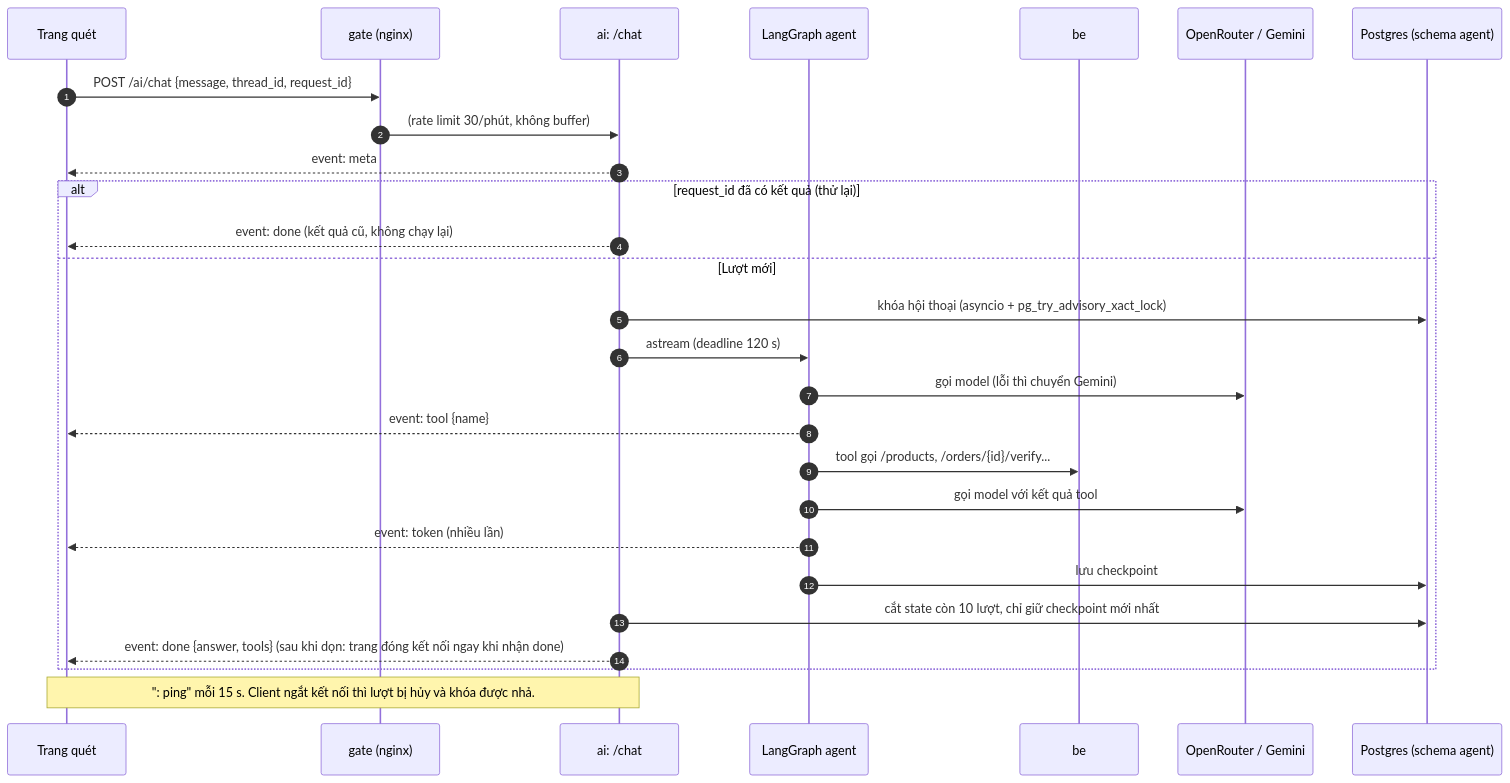
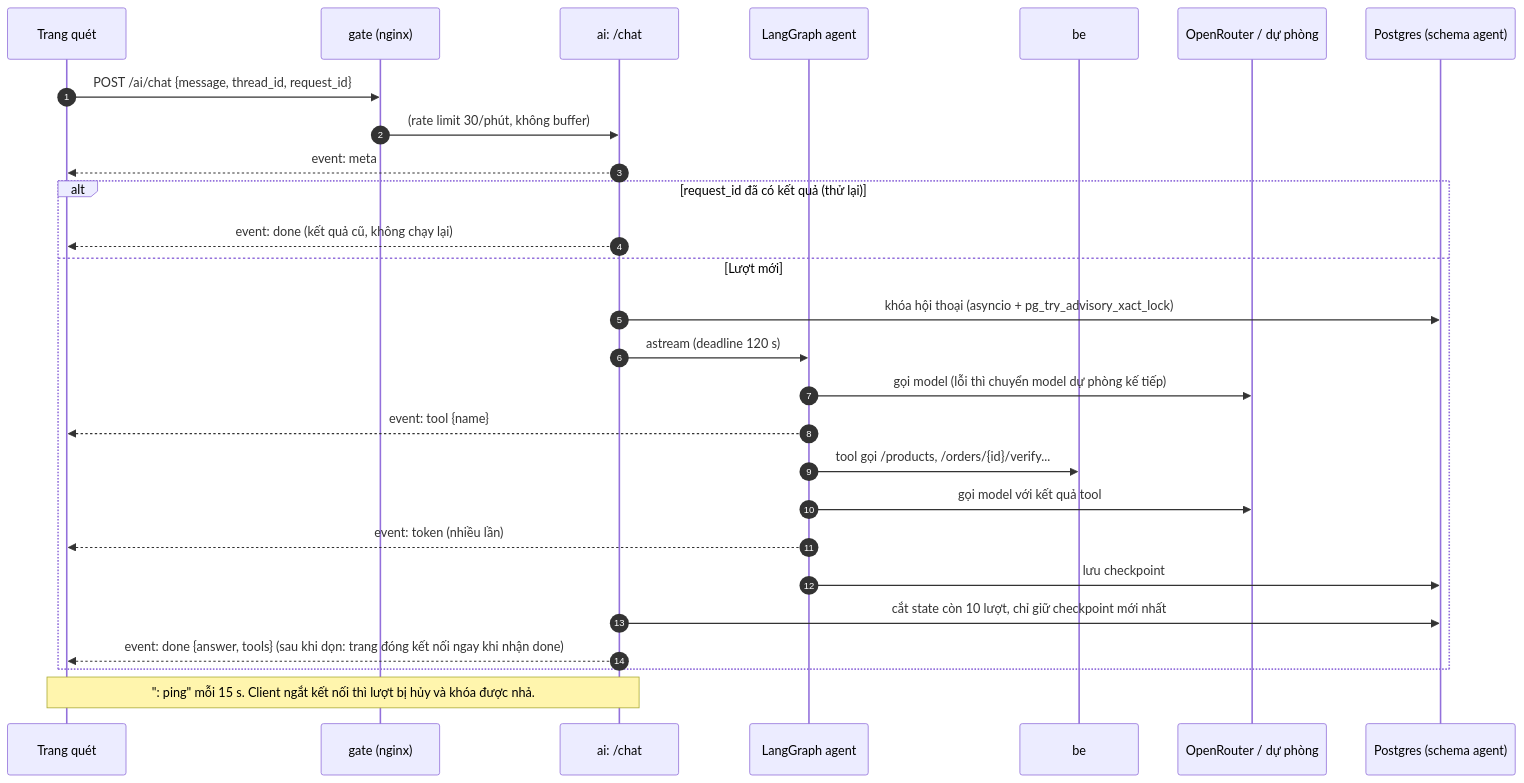
One commit to vu-wspace/barcode_chatbot changed the third of 5 diagrams in README.md. Above: the diagram before and after it, drawn with Mermaid. The commit also changed other lines of this file and 13 other files, not shown here.

Commit message:
exchange to graph

````diff
--- a/README.md
+++ b/README.md
@@ -122,30 +122,30 @@
 ```mermaid
 sequenceDiagram
     autonumber
     participant FE as Trang quét
     participant G as gate (nginx)
     participant API as ai: /chat
     participant LG as LangGraph agent
     participant BE as be
-    participant LLM as OpenRouter / Gemini
+    participant LLM as OpenRouter / dự phòng
     participant PG as Postgres (schema agent)
 
     FE->>G: POST /ai/chat {message, thread_id, request_id}
     G->>API: (rate limit 30/phút, không buffer)
     API-->>FE: event: meta
     alt request_id đã có kết quả (thử lại)
         API-->>FE: event: done (kết quả cũ, không chạy lại)
     else Lượt mới
         API->>PG: khóa hội thoại (asyncio + pg_try_advisory_xact_lock)
         API->>LG: astream (deadline 120 s)
-        LG->>LLM: gọi model (lỗi thì chuyển Gemini)
+        LG->>LLM: gọi model (lỗi thì chuyển model dự phòng kế tiếp)
         LG-->>FE: event: tool {name}
         LG->>BE: tool gọi /products, /orders/{id}/verify...
         LG->>LLM: gọi model với kết quả tool
         LG-->>FE: event: token (nhiều lần)
         LG->>PG: lưu checkpoint
         API->>PG: cắt state còn 10 lượt, chỉ giữ checkpoint mới nhất
         API-->>FE: event: done {answer, tools} (sau khi dọn: trang đóng kết nối ngay khi nhận done)
     end
     Note over FE,API: ": ping" mỗi 15 s. Client ngắt kết nối thì lượt bị hủy và khóa được nhả.
 ```
````
